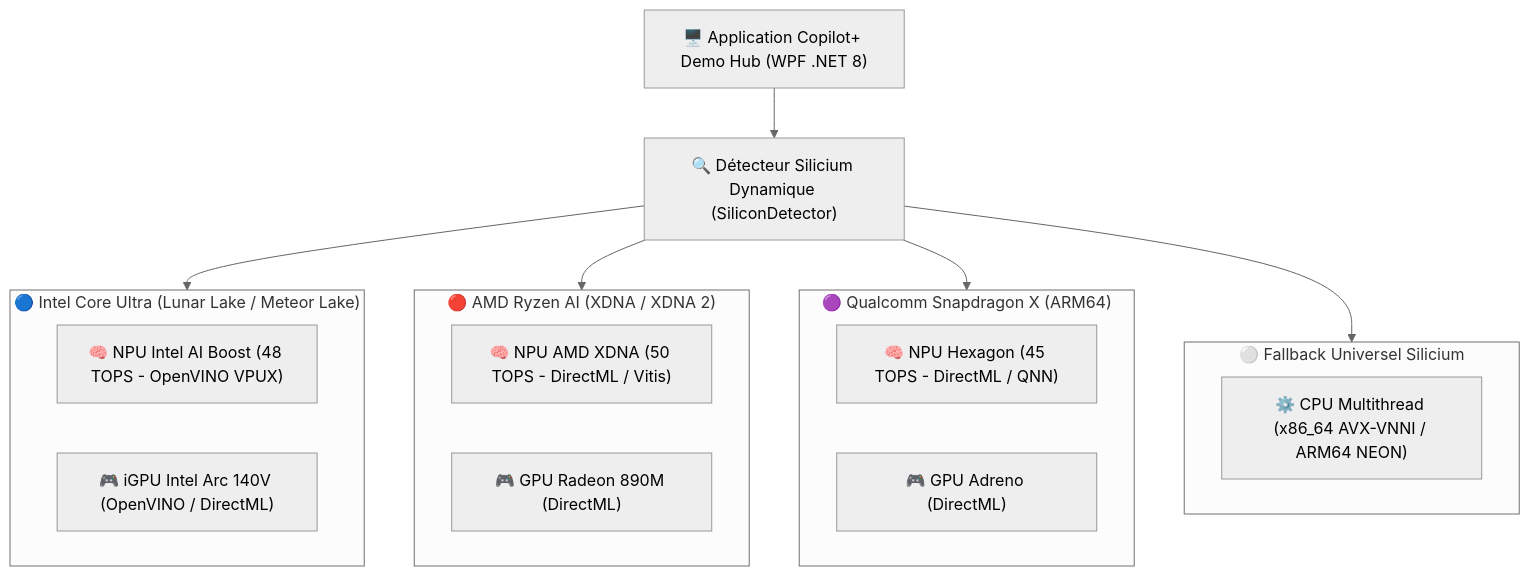
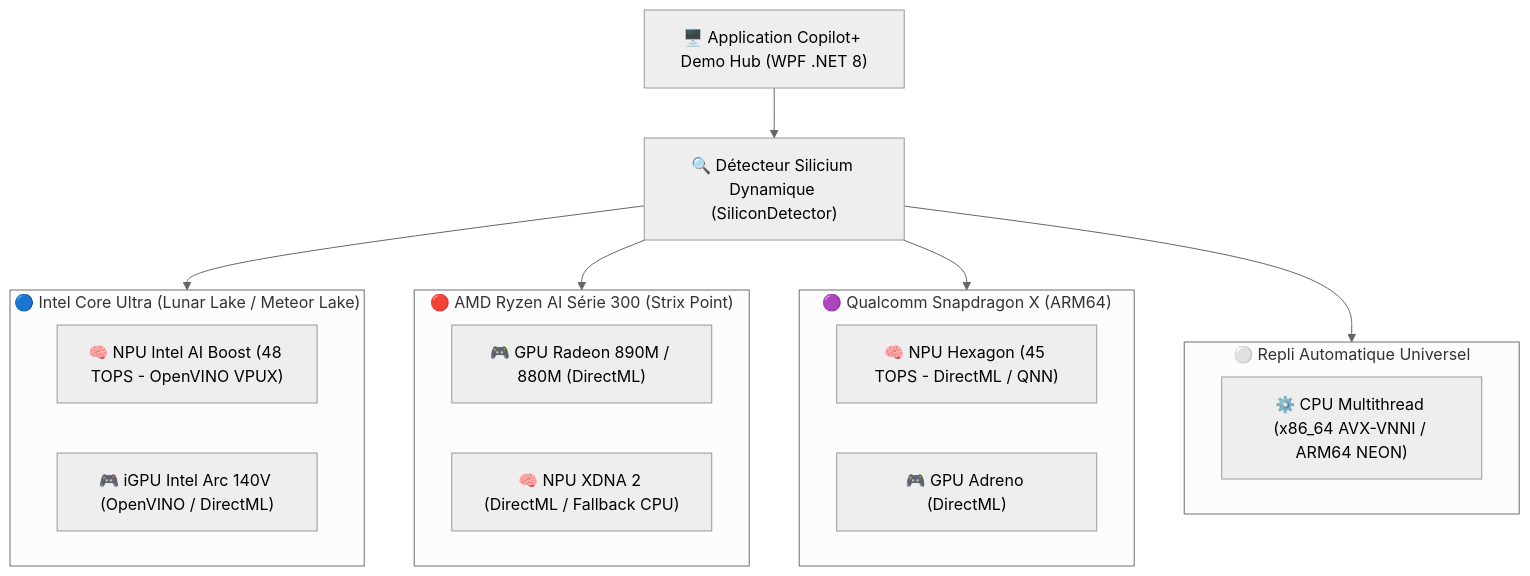
The first of 2 diagrams in README.fr.md (JuGhithub/CopilotPlusDemoHub), drawn with Mermaid (neutral theme) before and after one commit. The commit also changed other lines of this file and 7 other files, not shown here.

````diff
--- a/README.fr.md
+++ b/README.fr.md
@@ -26,30 +37,30 @@
 ```mermaid
 flowchart TD
     App["🖥️ Application Copilot+ Demo Hub (WPF .NET 8)"]
     Detect["🔍 Détecteur Silicium Dynamique (SiliconDetector)"]
     App --> Detect
     
     subgraph Intel["🔵 Intel Core Ultra (Lunar Lake / Meteor Lake)"]
         IntelNPU["🧠 NPU Intel AI Boost (48 TOPS - OpenVINO VPUX)"]
         IntelGPU["🎮 iGPU Intel Arc 140V (OpenVINO / DirectML)"]
     end
     
-    subgraph AMD["🔴 AMD Ryzen AI (XDNA / XDNA 2)"]
-        AmdNPU["🧠 NPU AMD XDNA (50 TOPS - DirectML / Vitis)"]
-        AmdGPU["🎮 GPU Radeon 890M (DirectML)"]
+    subgraph AMD["🔴 AMD Ryzen AI Série 300 (Strix Point)"]
+        AMDGPU["🎮 GPU Radeon 890M / 880M (DirectML)"]
+        AMDNPU["🧠 NPU XDNA 2 (DirectML / Fallback CPU)"]
     end
     
     subgraph Qualcomm["🟣 Qualcomm Snapdragon X (ARM64)"]
         QcomNPU["🧠 NPU Hexagon (45 TOPS - DirectML / QNN)"]
         QcomGPU["🎮 GPU Adreno (DirectML)"]
     end
     
-    subgraph Universal["⚪ Fallback Universel Silicium"]
+    subgraph Universal["⚪ Repli Automatique Universel"]
         UnivCPU["⚙️ CPU Multithread (x86_64 AVX-VNNI / ARM64 NEON)"]
     end
     
     Detect --> Intel
     Detect --> AMD
     Detect --> Qualcomm
     Detect --> Universal
 ```
````
